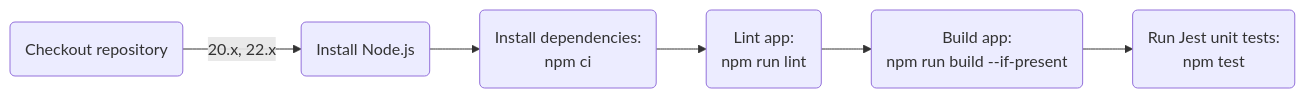
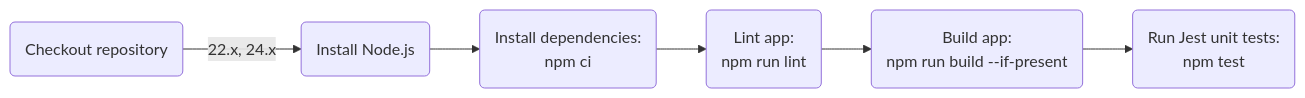
Before and after one commit to Abhiek187/ez-recipes-server: the ninth of 12 diagrams in README.md, drawn with Mermaid. The commit also changed other lines of this file and 1 other file, not shown here.

Commit message:
Update Node versions

````diff
--- a/README.md
+++ b/README.md
@@ -265,9 +265,9 @@
 ```mermaid
 flowchart LR
 
-A(Checkout repository) -->|20.x, 22.x| B(Install Node.js)
+A(Checkout repository) -->|22.x, 24.x| B(Install Node.js)
 B --> C(Install dependencies:<br>npm ci)
 C --> D(Lint app:<br>npm run lint)
 D --> E(Build app:<br>npm run build --if-present)
 E --> F(Run Jest unit tests:<br>npm test)
 ```
````
